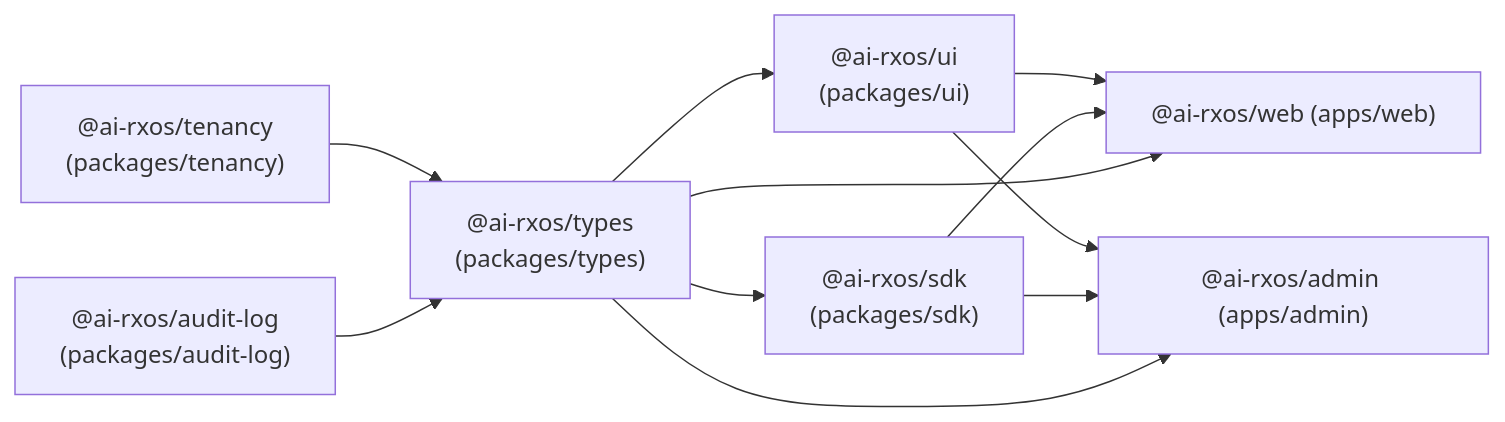
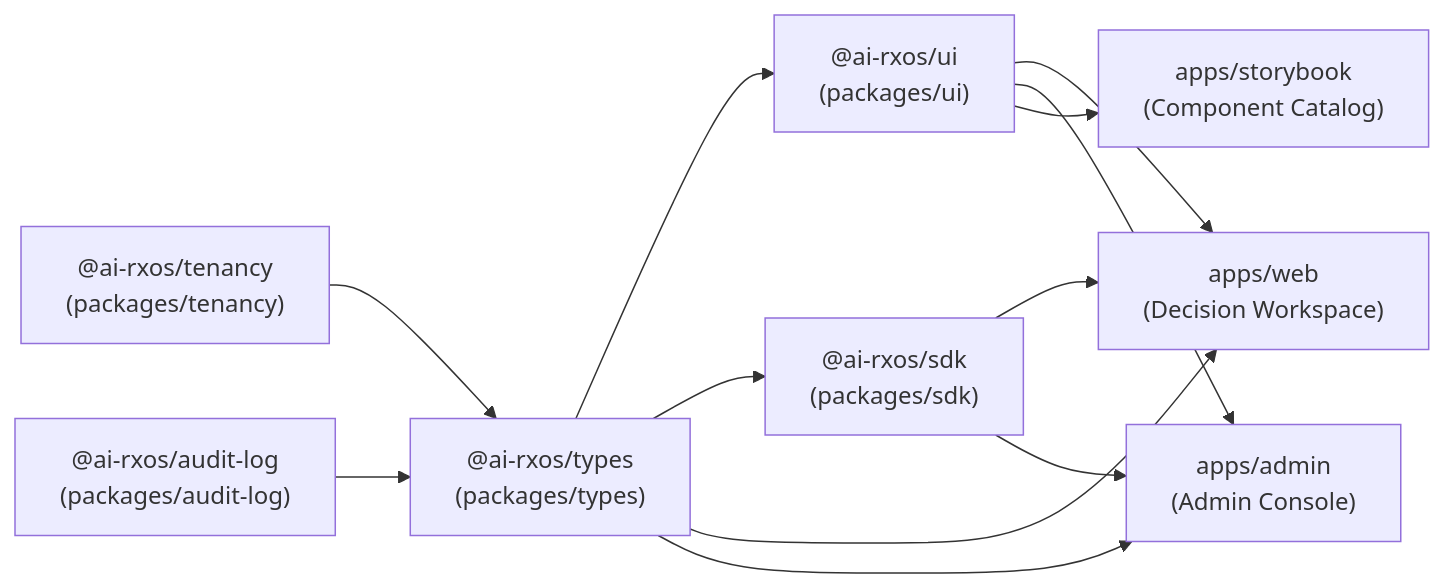
One commit to OpenHealthAgents/AI-RxOS changed the second of 4 diagrams in docs/architecture/repository-assessment.md. Above: the diagram before and after it, drawn with Mermaid. The commit also changed other lines of this file and 132 other files, not shown here.

````diff
--- a/docs/architecture/repository-assessment.md
+++ b/docs/architecture/repository-assessment.md
@@ -291,22 +324,24 @@
 ```mermaid
 graph LR
     types["@ai-rxos/types\n(packages/types)"]
     ui["@ai-rxos/ui\n(packages/ui)"]
     sdk["@ai-rxos/sdk\n(packages/sdk)"]
     tenancy["@ai-rxos/tenancy\n(packages/tenancy)"]
     audit["@ai-rxos/audit-log\n(packages/audit-log)"]
 
-    web["@ai-rxos/web (apps/web)"]
-    admin["@ai-rxos/admin (apps/admin)"]
+    web["apps/web\n(Decision Workspace)"]
+    admin["apps/admin\n(Admin Console)"]
+    storybook["apps/storybook\n(Component Catalog)"]
 
+    tenancy --> types
+    audit --> types
     types --> ui
     types --> sdk
     ui --> web
     sdk --> web
     types --> web
     ui --> admin
     sdk --> admin
     types --> admin
-    tenancy --> types
-    audit --> types
+    ui --> storybook
 ```
````
